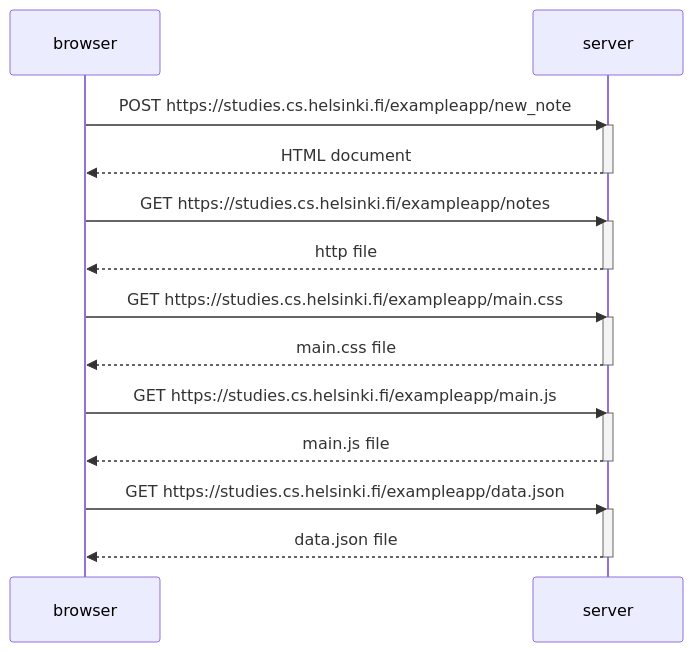
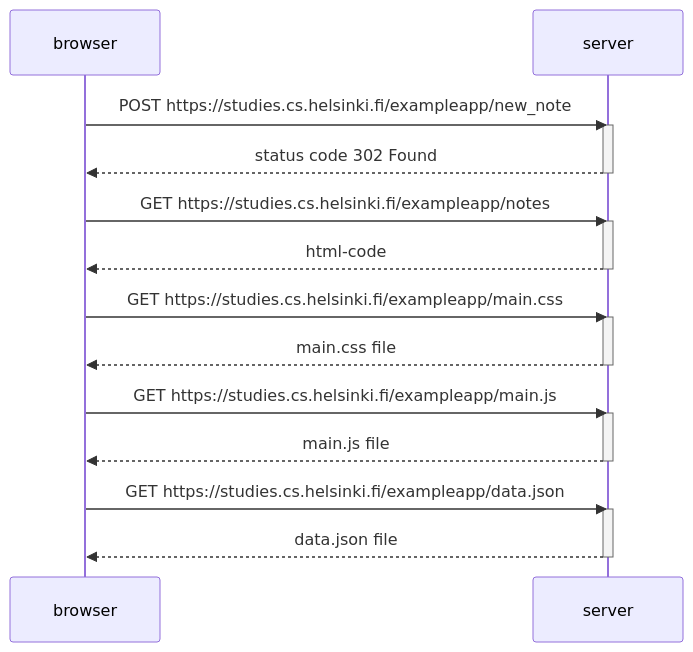
One commit to ollhaa/fullstack changed the diagram in osa0/0.4.md. Above: the diagram before and after it, drawn with Mermaid.

````diff
--- a/osa0/0.4.md
+++ b/osa0/0.4.md
@@ -1,31 +1,31 @@
 ```mermaid
 sequenceDiagram
     participant browser
     participant server
 
     browser->>server: POST https://studies.cs.helsinki.fi/exampleapp/new_note
     activate server
-    server-->>browser: HTML document
+    server-->>browser: status code 302 Found
     deactivate server
 
     browser->>server: GET https://studies.cs.helsinki.fi/exampleapp/notes
     activate server
-    server-->>browser: http file
+    server-->>browser: html-code
     deactivate server
 
     browser->>server: GET https://studies.cs.helsinki.fi/exampleapp/main.css
     activate server
     server-->>browser: main.css file
     deactivate server
     
     browser->>server: GET https://studies.cs.helsinki.fi/exampleapp/main.js
     activate server
     server-->>browser: main.js file
     deactivate server
 
     browser->>server: GET https://studies.cs.helsinki.fi/exampleapp/data.json
     activate server
     server-->>browser: data.json file
     deactivate server        
     
 ```
````
